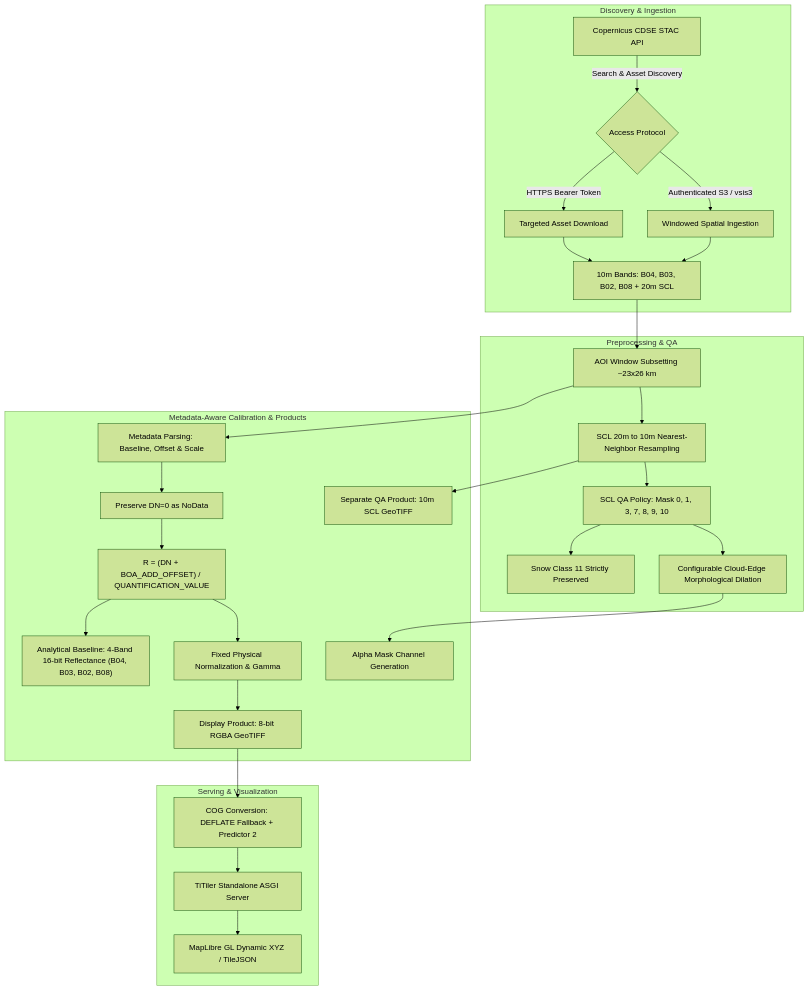
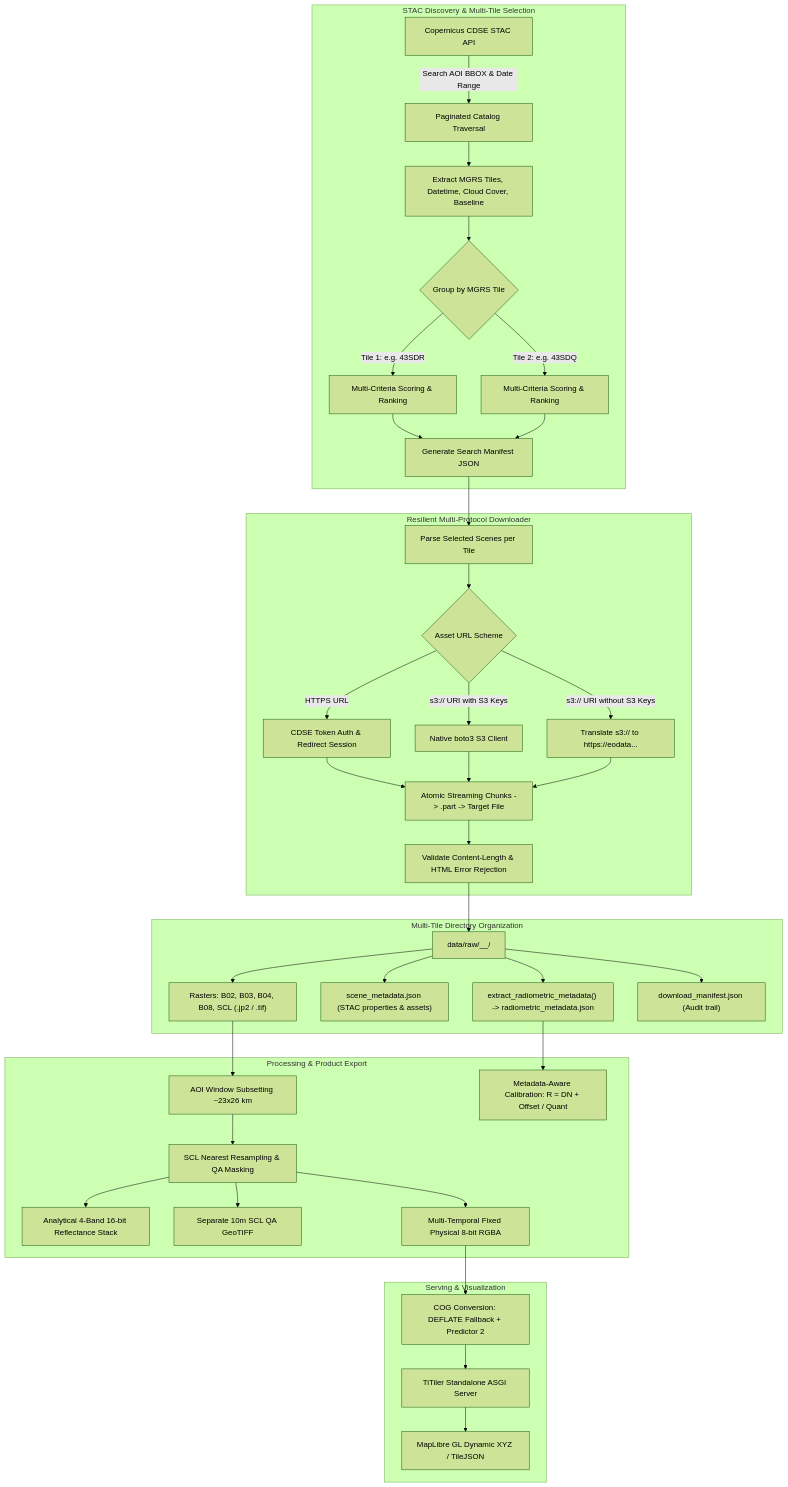
One commit to vanshshah37/MemoryLane-Satellite changed the diagram in docs/architecture.md. Above: the diagram before and after it, drawn with Mermaid (forest theme). The commit also changed other lines of this file and 3 other files, not shown here.

Commit message:
feat: add cloud optimized GeoTIFF generation

````diff
--- a/docs/architecture.md
+++ b/docs/architecture.md
@@ -9,35 +9,47 @@
 ```mermaid
 flowchart TD
-    subgraph Discovery & Ingestion
-        A[Copernicus CDSE STAC API] -->|Search & Asset Discovery| B{Access Protocol}
-        B -->|HTTPS Bearer Token| C1[Targeted Asset Download]
-        B -->|Authenticated S3 / vsis3| C2[Windowed Spatial Ingestion]
-        C1 --> D[10m Bands: B04, B03, B02, B08 + 20m SCL]
-        C2 --> D
+    subgraph STAC Discovery & Multi-Tile Selection
+        A[Copernicus CDSE STAC API] -->|Search AOI BBOX & Date Range| B[Paginated Catalog Traversal]
+        B --> C[Extract MGRS Tiles, Datetime, Cloud Cover, Baseline]
+        C --> D{Group by MGRS Tile}
+        D -->|Tile 1: e.g. 43SDR| E1[Multi-Criteria Scoring & Ranking]
+        D -->|Tile 2: e.g. 43SDQ| E2[Multi-Criteria Scoring & Ranking]
+        E1 --> F[Generate Search Manifest JSON]
+        E2 --> F
     end
 
-    subgraph Preprocessing & QA
-        D --> E[AOI Window Subsetting ~23x26 km]
-        E --> F[SCL 20m to 10m Nearest-Neighbor Resampling]
-        F --> G[SCL QA Policy: Mask 0, 1, 3, 7, 8, 9, 10]
-        G --> H[Snow Class 11 Strictly Preserved]
-        G --> I[Configurable Cloud-Edge Morphological Dilation]
+    subgraph Resilient Multi-Protocol Downloader
+        F --> G[Parse Selected Scenes per Tile]
+        G --> H{Asset URL Scheme}
+        H -->|HTTPS URL| I1[CDSE Token Auth & Redirect Session]
+        H -->|s3:// URI with S3 Keys| I2[Native boto3 S3 Client]
+        H -->|s3:// URI without S3 Keys| I3[Translate s3:// to https://eodata...]
+        I1 --> J[Atomic Streaming Chunks -> .part -> Target File]
+        I2 --> J
+        I3 --> J
+        J --> K[Validate Content-Length & HTML Error Rejection]
     end
 
-    subgraph Metadata-Aware Calibration & Products
-        E --> J[Metadata Parsing: Baseline, Offset & Scale]
-        J --> K[Preserve DN=0 as NoData]
-        K --> L["R = (DN + BOA_ADD_OFFSET) / QUANTIFICATION_VALUE"]
-        L --> M1["Analytical Baseline: 4-Band 16-bit Reflectance (B04, B03, B02, B08)"]
-        F --> M2["Separate QA Product: 10m SCL GeoTIFF"]
-        L --> N[Fixed Physical Normalization & Gamma]
-        I --> O[Alpha Mask Channel Generation]
-        N --> P[Display Product: 8-bit RGBA GeoTIFF]
+    subgraph Multi-Tile Directory Organization
+        K --> L["data/raw/<date>_<tile>_<scene_id>/"]
+        L --> M1["Rasters: B02, B03, B04, B08, SCL (.jp2 / .tif)"]
+        L --> M2["scene_metadata.json (STAC properties & assets)"]
+        L --> M3["extract_radiometric_metadata() -> radiometric_metadata.json"]
+        L --> M4["download_manifest.json (Audit trail)"]
+    end
+
+    subgraph Processing & Product Export
+        M1 --> N[AOI Window Subsetting ~23x26 km]
+        M3 --> O[Metadata-Aware Calibration: R = DN + Offset / Quant]
+        N --> P[SCL Nearest Resampling & QA Masking]
+        P --> Q1[Analytical 4-Band 16-bit Reflectance Stack]
+        P --> Q2[Separate 10m SCL QA GeoTIFF]
+        P --> Q3[Multi-Temporal Fixed Physical 8-bit RGBA]
     end
 
     subgraph Serving & Visualization
-        P --> Q[COG Conversion: DEFLATE Fallback + Predictor 2]
-        Q --> R[TiTiler Standalone ASGI Server]
-        R --> S[MapLibre GL Dynamic XYZ / TileJSON]
+        Q3 --> R[COG Conversion: DEFLATE Fallback + Predictor 2]
+        R --> S[TiTiler Standalone ASGI Server]
+        S --> T[MapLibre GL Dynamic XYZ / TileJSON]
     end
 ```
````
